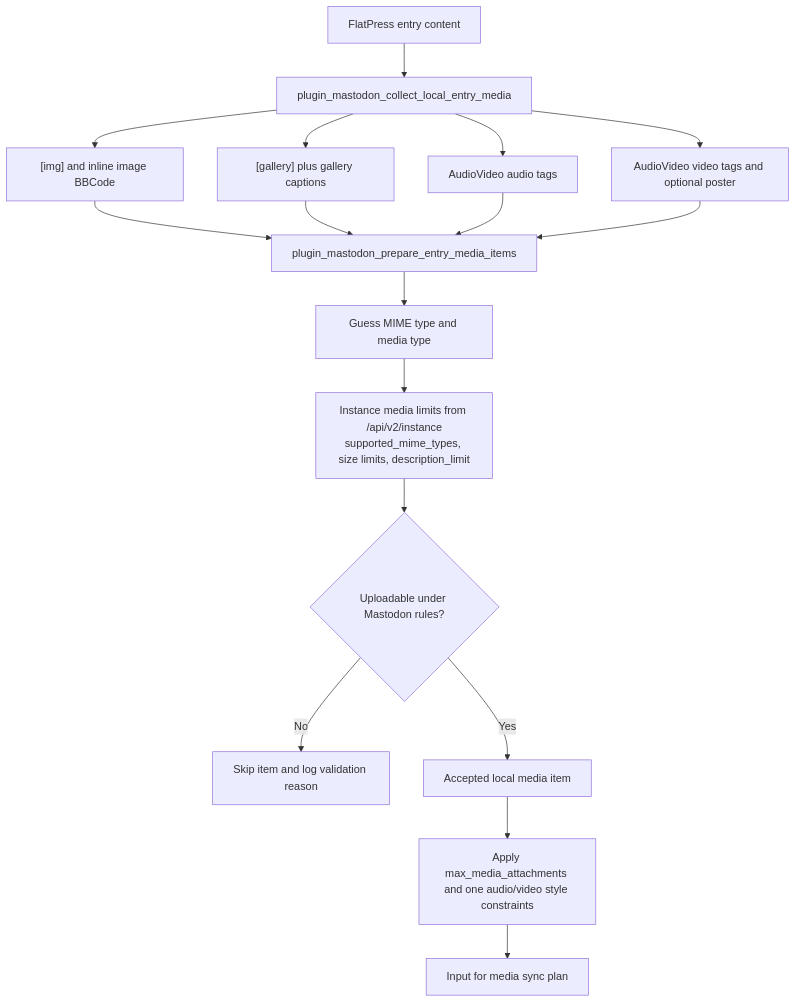
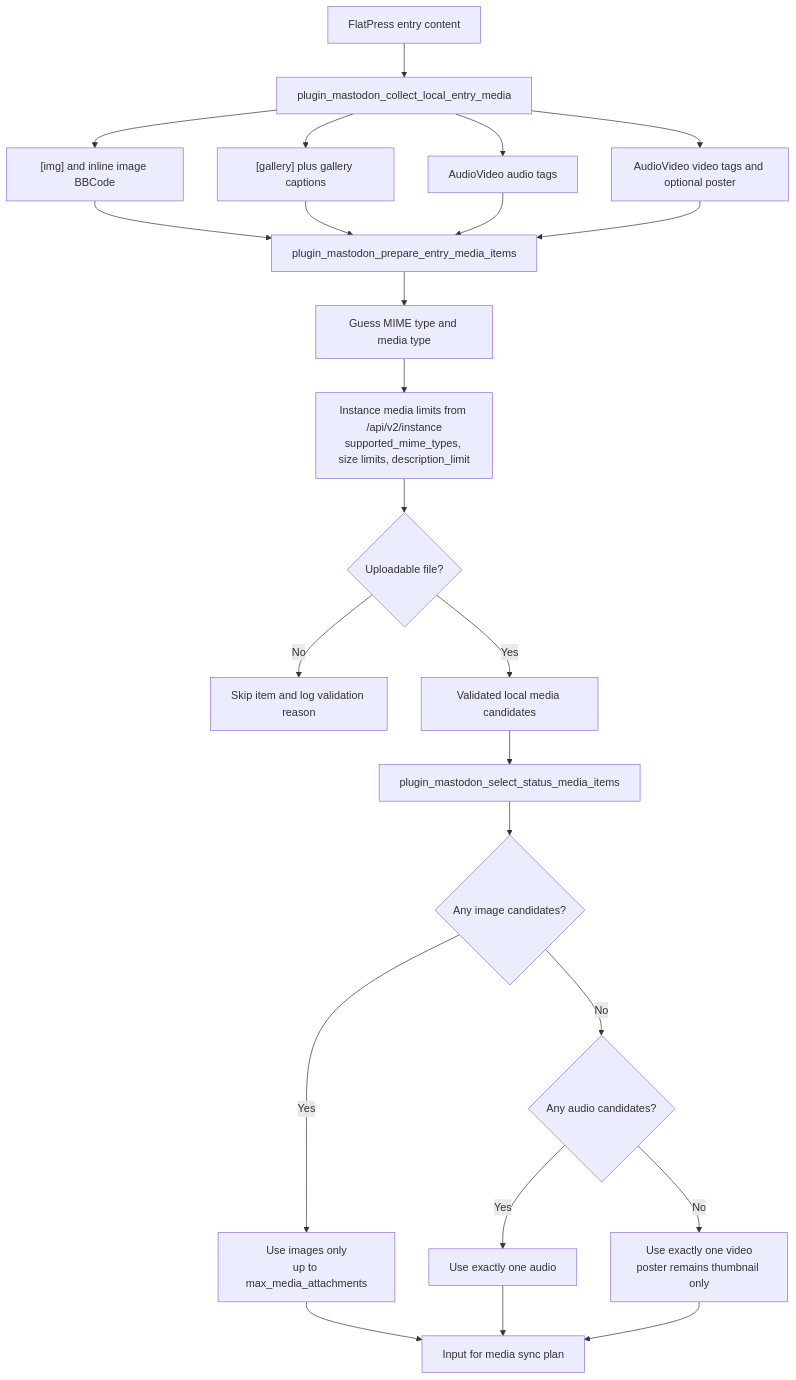
One commit to flatpressblog/flatpress changed diagram 12 of 32 in fp-plugins/mastodon/developer-docs/06-Process-Flow.md. Above: the diagram before and after it, drawn with Mermaid. The commit also changed other lines of this file and 8 other files, not shown here.

First line of the commit message:
New policy for image/audio/video sets

````diff
--- a/fp-plugins/mastodon/developer-docs/06-Process-Flow.md
+++ b/fp-plugins/mastodon/developer-docs/06-Process-Flow.md
@@ -401,26 +404,36 @@
 ```mermaid
 flowchart TD
     EntryContent["FlatPress entry content"]
     Collect["plugin_mastodon_collect_local_entry_media"]
     Images["[img] and inline image BBCode"]
     Galleries["[gallery] plus gallery captions"]
     Audio["AudioVideo audio tags"]
     Video["AudioVideo video tags and optional poster"]
     Items["plugin_mastodon_prepare_entry_media_items"]
     Mime["Guess MIME type and media type"]
     Limits["Instance media limits from /api/v2/instance<br/>supported_mime_types, size limits, description_limit"]
-    Rules{"Uploadable under Mastodon rules?"}
+    Rules{"Uploadable file?"}
     Reject["Skip item and log validation reason"]
-    Accepted["Accepted local media item"]
-    AttachmentLimit["Apply max_media_attachments and one audio/video style constraints"]
+    Accepted["Validated local media candidates"]
+    Selector["plugin_mastodon_select_status_media_items"]
+    HasImages{"Any image candidates?"}
+    HasAudio{"Any audio candidates?"}
+    UseImages["Use images only<br/>up to max_media_attachments"]
+    UseAudio["Use exactly one audio"]
+    UseVideo["Use exactly one video<br/>poster remains thumbnail only"]
     PlanInput["Input for media sync plan"]
 
     EntryContent --> Collect
     Collect --> Images --> Items
     Collect --> Galleries --> Items
     Collect --> Audio --> Items
     Collect --> Video --> Items
     Items --> Mime --> Limits --> Rules
     Rules -- "No" --> Reject
-    Rules -- "Yes" --> Accepted --> AttachmentLimit --> PlanInput
+    Rules -- "Yes" --> Accepted --> Selector
+    Selector --> HasImages
+    HasImages -- "Yes" --> UseImages --> PlanInput
+    HasImages -- "No" --> HasAudio
+    HasAudio -- "Yes" --> UseAudio --> PlanInput
+    HasAudio -- "No" --> UseVideo --> PlanInput
 ```
````
